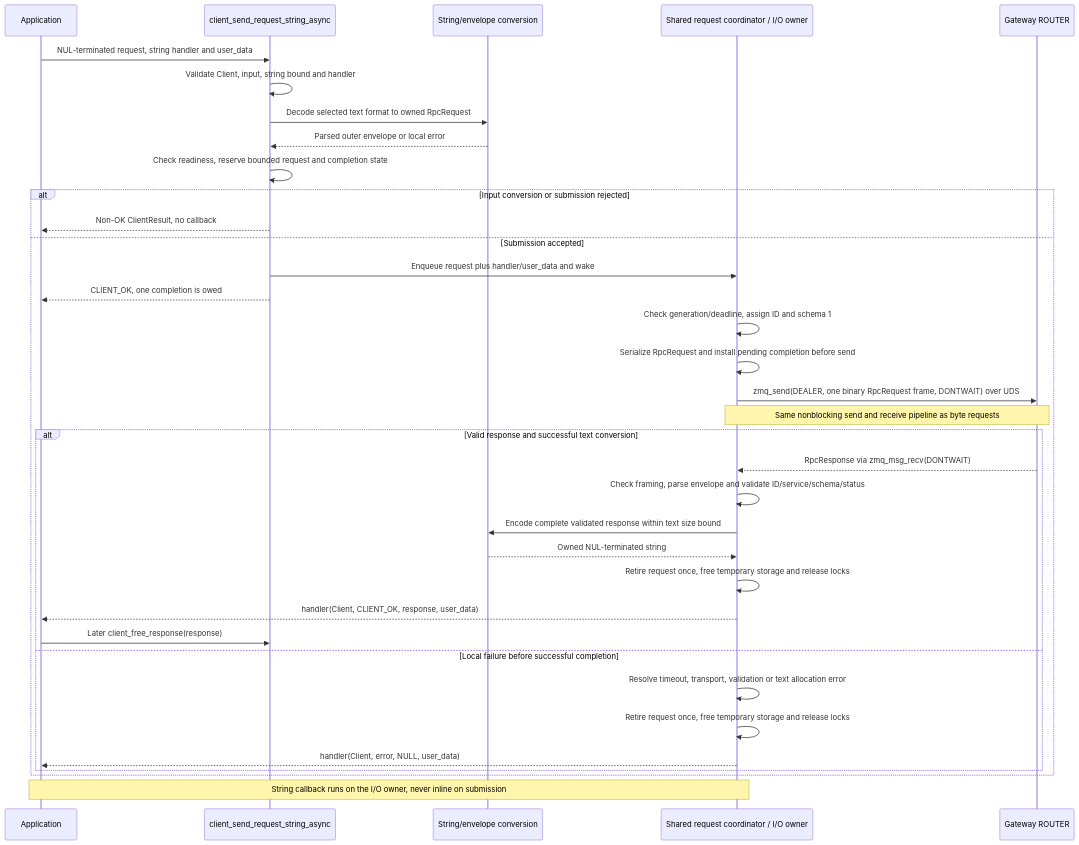
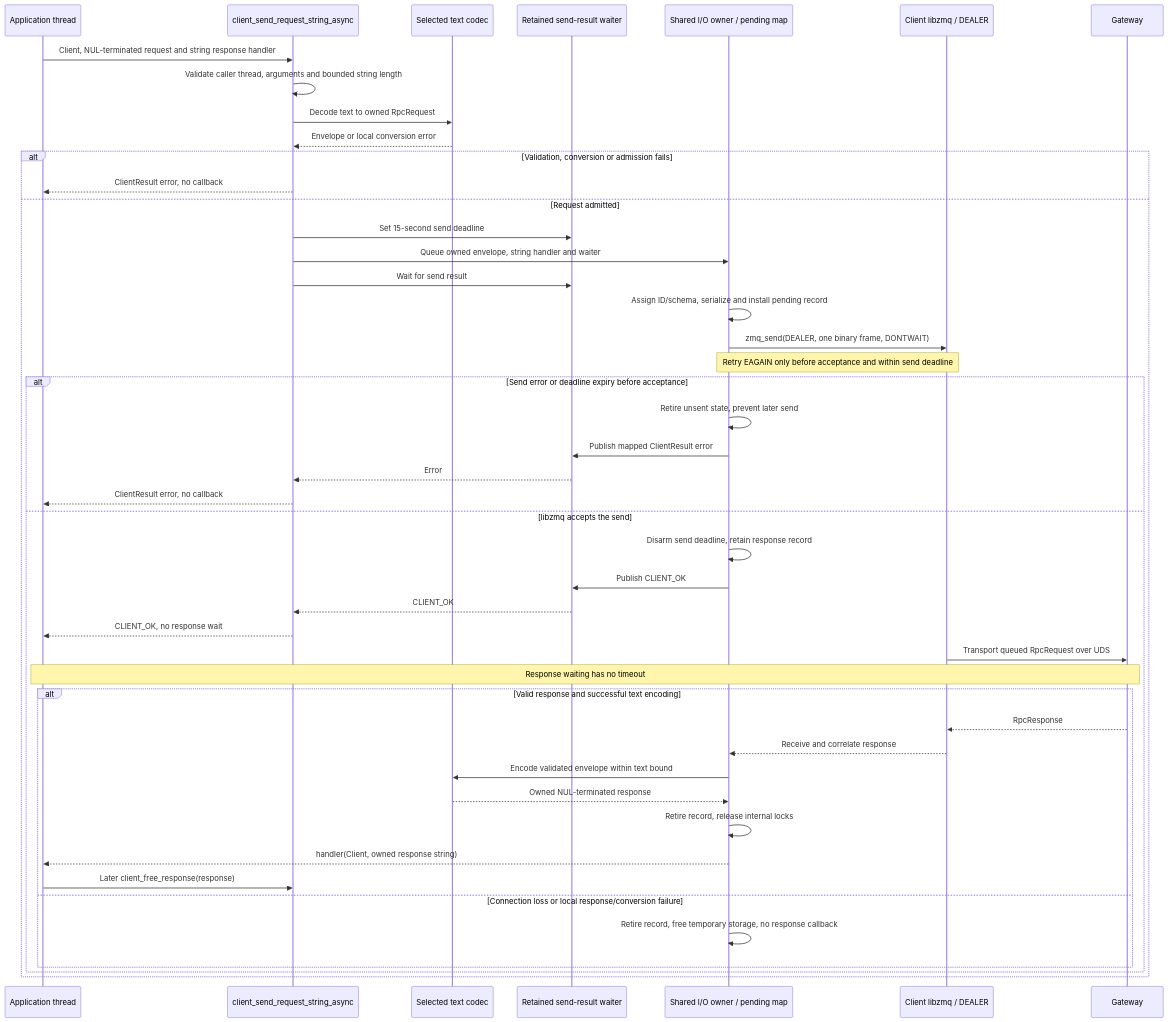
The tenth of 29 diagrams in doc/EyilSecureGateway.md (rdkcentral/eyil-secure-gateway), drawn with Mermaid before and after one commit. The commit also changed other lines of this file, not shown here.

````diff
--- a/doc/EyilSecureGateway.md
+++ b/doc/EyilSecureGateway.md
@@ -1470,37 +1504,48 @@
 ```mermaid
 sequenceDiagram
-    participant A as Application
+    participant A as Application thread
     participant API as client_send_request_string_async
-    participant CODEC as String/envelope conversion
-    participant IO as Shared request coordinator / I/O owner
-    participant G as Gateway ROUTER
-    A->>API: NUL-terminated request, string handler and user_data
-    API->>API: Validate Client, input, string bound and handler
-    API->>CODEC: Decode selected text format to owned RpcRequest
-    CODEC-->>API: Parsed outer envelope or local error
-    API->>API: Check readiness, reserve bounded request and completion state
-    alt Input conversion or submission rejected
-        API-->>A: Non-OK ClientResult, no callback
-    else Submission accepted
-        API->>IO: Enqueue request plus handler/user_data and wake
-        API-->>A: CLIENT_OK, one completion is owed
-        IO->>IO: Check generation/deadline, assign ID and schema 1
-        IO->>IO: Serialize RpcRequest and install pending completion before send
-        IO->>G: zmq_send(DEALER, one binary RpcRequest frame, DONTWAIT) over UDS
-        Note over IO,G: Same nonblocking send and receive pipeline as byte requests
-        alt Valid response and successful text conversion
-            G-->>IO: RpcResponse via zmq_msg_recv(DONTWAIT)
-            IO->>IO: Check framing, parse envelope and validate ID/service/schema/status
-            IO->>CODEC: Encode complete validated response within text size bound
-            CODEC-->>IO: Owned NUL-terminated string
-            IO->>IO: Retire request once, free temporary storage and release locks
-            IO-->>A: handler(Client, CLIENT_OK, response, user_data)
-            A->>API: Later client_free_response(response)
-        else Local failure before successful completion
-            IO->>IO: Resolve timeout, transport, validation or text allocation error
-            IO->>IO: Retire request once, free temporary storage and release locks
-            IO-->>A: handler(Client, error, NULL, user_data)
+    participant CODEC as Selected text codec
+    participant W as Retained send-result waiter
+    participant IO as Shared I/O owner / pending map
+    participant Z as Client libzmq / DEALER
+    participant G as Gateway
+    A->>API: Client, NUL-terminated request and string response handler
+    API->>API: Validate caller thread, arguments and bounded string length
+    API->>CODEC: Decode text to owned RpcRequest
+    CODEC-->>API: Envelope or local conversion error
+    alt Validation, conversion or admission fails
+        API-->>A: ClientResult error, no callback
+    else Request admitted
+        API->>W: Set 15-second send deadline
+        API->>IO: Queue owned envelope, string handler and waiter
+        API->>W: Wait for send result
+        IO->>IO: Assign ID/schema, serialize and install pending record
+        IO->>Z: zmq_send(DEALER, one binary frame, DONTWAIT)
+        Note over IO,Z: Retry EAGAIN only before acceptance and within send deadline
+        alt Send error or deadline expiry before acceptance
+            IO->>IO: Retire unsent state, prevent later send
+            IO->>W: Publish mapped ClientResult error
+            W-->>API: Error
+            API-->>A: ClientResult error, no callback
+        else libzmq accepts the send
+            IO->>IO: Disarm send deadline, retain response record
+            IO->>W: Publish CLIENT_OK
+            W-->>API: CLIENT_OK
+            API-->>A: CLIENT_OK, no response wait
+            Z->>G: Transport queued RpcRequest over UDS
+            Note over A,G: Response waiting has no timeout
+            alt Valid response and successful text encoding
+                G-->>Z: RpcResponse
+                Z-->>IO: Receive and correlate response
+                IO->>CODEC: Encode validated envelope within text bound
+                CODEC-->>IO: Owned NUL-terminated response
+                IO->>IO: Retire record, release internal locks
+                IO-->>A: handler(Client, owned response string)
+                A->>API: Later client_free_response(response)
+            else Connection loss or local response/conversion failure
+                IO->>IO: Retire record, free temporary storage, no response callback
+            end
         end
     end
-    Note over A,IO: String callback runs on the I/O owner, never inline on submission
 ```
````
